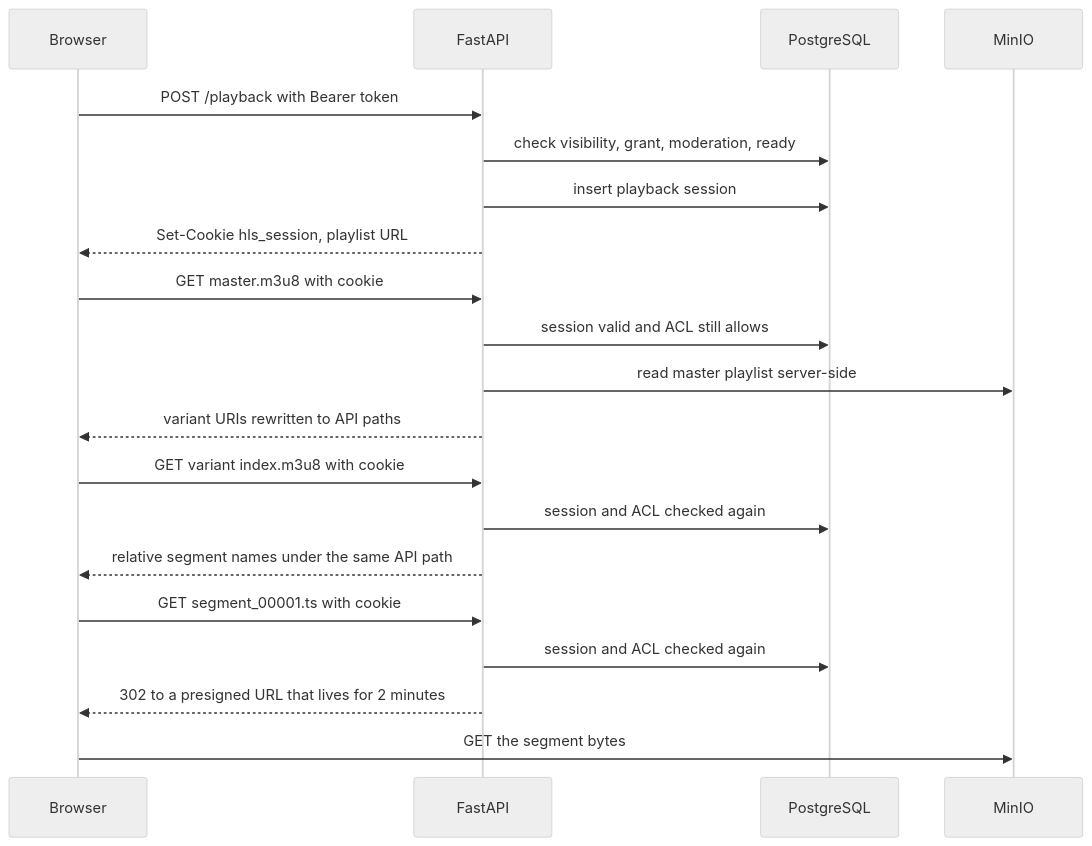
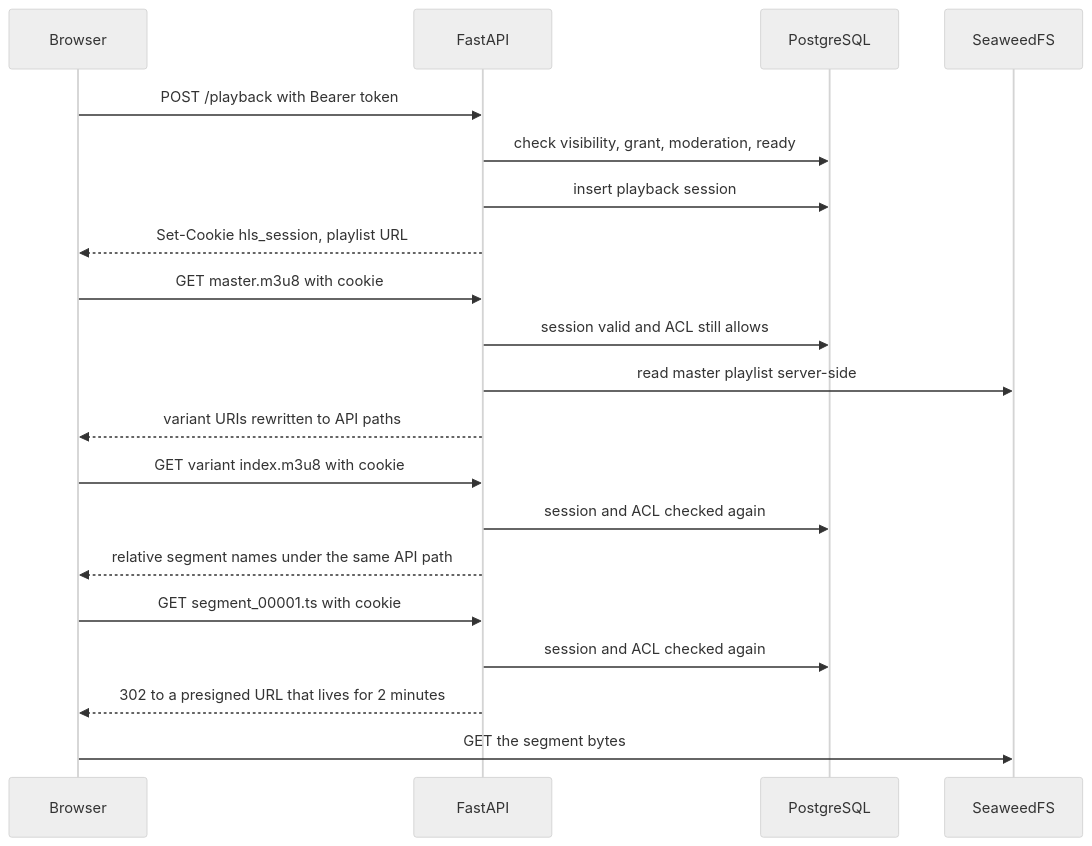
The third of 3 diagrams in docs/SYSTEM_ARCHITECTURE.md (stackmesh/youtube-style-platform), drawn with Mermaid (neutral theme) before and after one commit. The commit also changed other lines of this file and 72 other files, not shown here.

````diff
--- a/docs/SYSTEM_ARCHITECTURE.md
+++ b/docs/SYSTEM_ARCHITECTURE.md
@@ -239,23 +239,23 @@
 ```mermaid
 sequenceDiagram
   participant B as Browser
   participant A as FastAPI
   participant DB as PostgreSQL
-  participant S as MinIO
+  participant S as SeaweedFS
 
   B->>A: POST /playback with Bearer token
   A->>DB: check visibility, grant, moderation, ready
   A->>DB: insert playback session
   A-->>B: Set-Cookie hls_session, playlist URL
   B->>A: GET master.m3u8 with cookie
   A->>DB: session valid and ACL still allows
   A->>S: read master playlist server-side
   A-->>B: variant URIs rewritten to API paths
   B->>A: GET variant index.m3u8 with cookie
   A->>DB: session and ACL checked again
   A-->>B: relative segment names under the same API path
   B->>A: GET segment_00001.ts with cookie
   A->>DB: session and ACL checked again
   A-->>B: 302 to a presigned URL that lives for 2 minutes
   B->>S: GET the segment bytes
 ```
````
